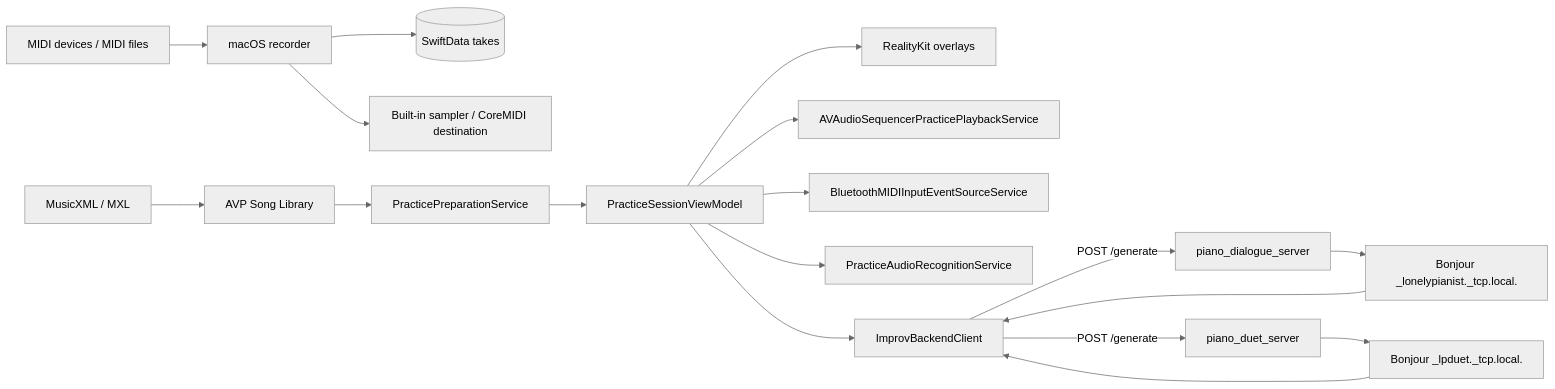
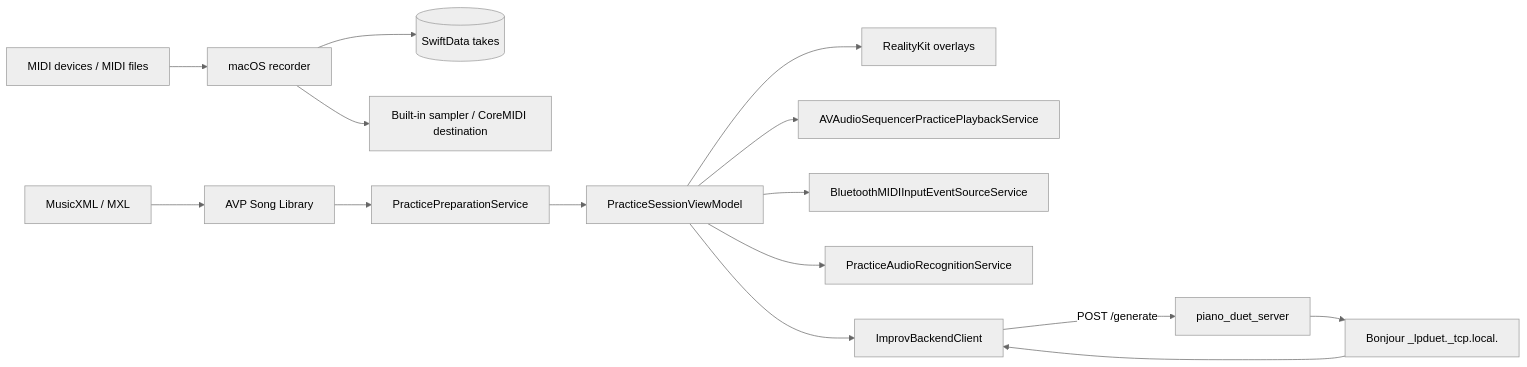
One commit to chiimagnus/HappyPianist changed the first of 4 diagrams in docs/architecture.md. Above: the diagram before and after it, drawn with Mermaid (neutral theme). The commit also changed other lines of this file and 23 other files, not shown here.

Commit message:
Remove piano_dialogue_server

````diff
--- a/docs/architecture.md
+++ b/docs/architecture.md
@@ -5,23 +5,20 @@
 ```mermaid
 flowchart LR
   MIDI[MIDI devices / MIDI files] --> MAC[macOS recorder]
   MAC --> STORE[(SwiftData takes)]
   MAC --> OUT[Built-in sampler / CoreMIDI destination]
 
   XML[MusicXML / MXL] --> LIB[AVP Song Library]
   LIB --> PREP[PracticePreparationService]
   PREP --> SESSION[PracticeSessionViewModel]
 
   SESSION --> AR[RealityKit overlays]
   SESSION --> AUDIO[AVAudioSequencerPracticePlaybackService]
   SESSION --> BLE[BluetoothMIDIInputEventSourceService]
   SESSION --> MIC[PracticeAudioRecognitionService]
 
   SESSION --> IM[ImprovBackendClient]
-  PY1[piano_dialogue_server] --> BJ1[Bonjour _lonelypianist._tcp.local.]
   PY2[piano_duet_server] --> BJ2[Bonjour _lpduet._tcp.local.]
-  BJ1 --> IM
   BJ2 --> IM
-  IM -->|POST /generate| PY1
   IM -->|POST /generate| PY2
 ```
````
